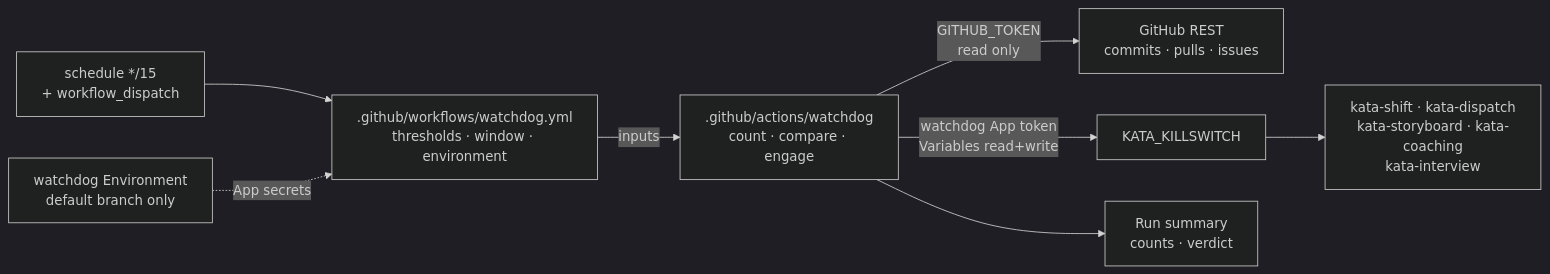
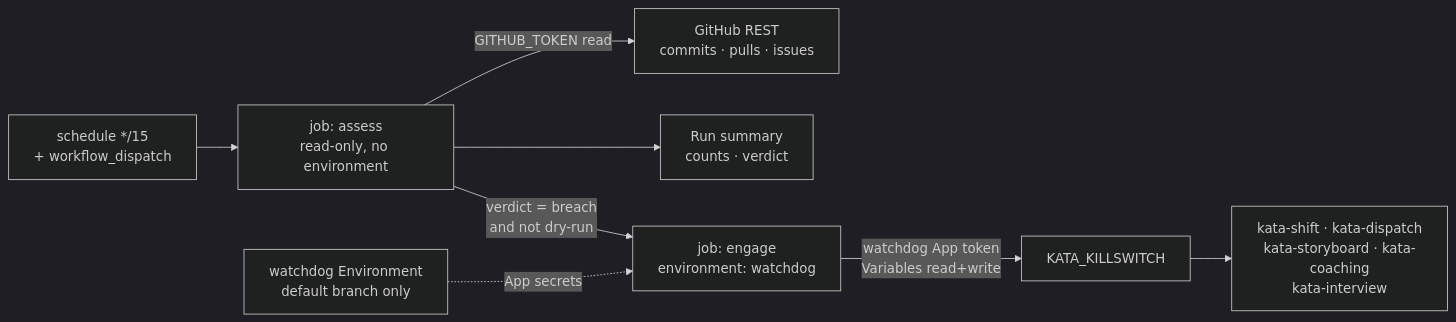
The first of 2 diagrams in specs/2330-kata-watchdog-workflow/design-a.md (forwardimpact/monorepo), drawn with Mermaid (dark theme) before and after one commit. The commit also changed other lines of this file and 1 other file, not shown here.

First line of the commit message:
design(2330): fold the scoped re-read findings

````diff
--- a/specs/2330-kata-watchdog-workflow/design-a.md
+++ b/specs/2330-kata-watchdog-workflow/design-a.md
@@ -10,10 +10,10 @@
 ```mermaid
 graph LR
-    CR["schedule */15<br/>+ workflow_dispatch"] --> WF[".github/workflows/watchdog.yml<br/>thresholds · window · environment"]
-    WF -->|"inputs"| ACT[".github/actions/watchdog<br/>count · compare · engage"]
-    ACT -->|"GITHUB_TOKEN<br/>read only"| API["GitHub REST<br/>commits · pulls · issues"]
-    ACT -->|"watchdog App token<br/>Variables read+write"| KS["KATA_KILLSWITCH"]
+    CR["schedule */15<br/>+ workflow_dispatch"] --> AS["job: assess<br/>read-only, no environment"]
+    AS -->|"GITHUB_TOKEN read"| API["GitHub REST<br/>commits · pulls · issues"]
+    AS --> SUM["Run summary<br/>counts · verdict"]
+    AS -->|"verdict = breach<br/>and not dry-run"| EN["job: engage<br/>environment: watchdog"]
+    ENV["watchdog Environment<br/>default branch only"] -.->|"App secrets"| EN
+    EN -->|"watchdog App token<br/>Variables read+write"| KS["KATA_KILLSWITCH"]
     KS --> KW["kata-shift · kata-dispatch<br/>kata-storyboard · kata-coaching<br/>kata-interview"]
-    ACT --> SUM["Run summary<br/>counts · verdict"]
-    ENV["watchdog Environment<br/>default branch only"] -.->|"App secrets"| WF
 ```
````
